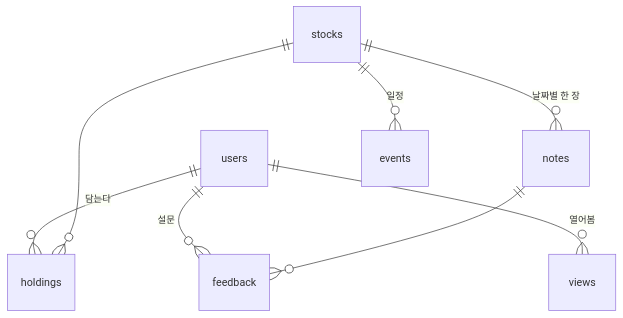
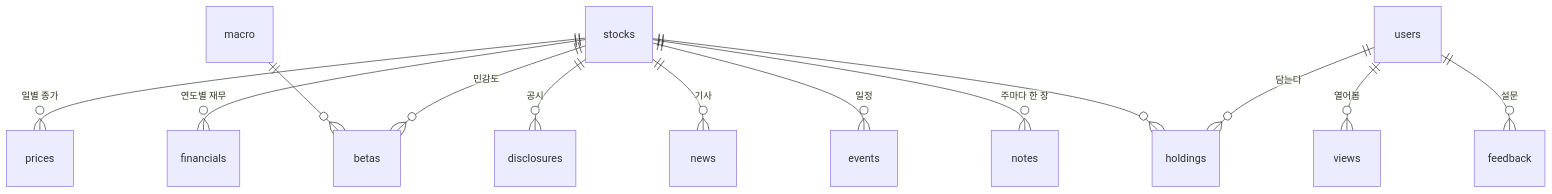
One commit to yuyeonnn/hanjang changed the diagram in docs/erd.md. Above: the diagram before and after it, drawn with Mermaid. The commit also changed other lines of this file and 4 other files, not shown here.

Commit message:
docs: 한장은 퀀트점프 없이 혼자 돈다 — 불변식 4·구상·PRD v0.2·ERD v0.2·일정 v0.2

````diff
--- a/docs/erd.md
+++ b/docs/erd.md
@@ -8,10 +10,15 @@
 ```mermaid
 erDiagram
+    stocks ||--o{ prices : "일별 종가"
+    stocks ||--o{ financials : "연도별 재무"
+    stocks ||--o{ disclosures : "공시"
+    stocks ||--o{ betas : "민감도"
+    macro ||--o{ betas : ""
+    stocks ||--o{ news : "기사"
+    stocks ||--o{ events : "일정"
+    stocks ||--o{ notes : "주마다 한 장"
     users ||--o{ holdings : "담는다"
     stocks ||--o{ holdings : ""
-    stocks ||--o{ notes : "날짜별 한 장"
-    stocks ||--o{ events : "일정"
     users ||--o{ views : "열어봄"
     users ||--o{ feedback : "설문"
-    notes ||--o{ feedback : ""
 ```
````
